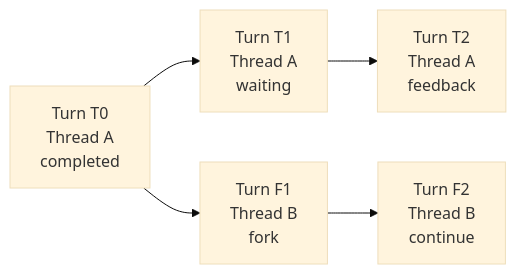
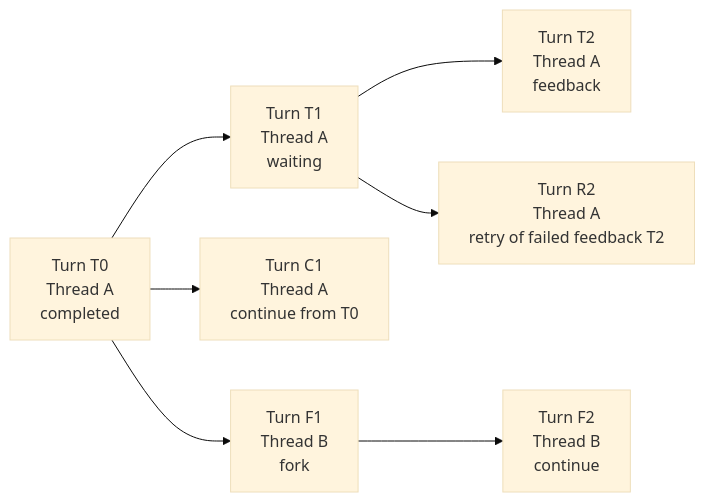
The third of 4 diagrams in spec/foundation-service/14-turn-persistence.md (LTThreeComma/agent-foundation), drawn with Mermaid (base theme) before and after one commit. The commit also changed other lines of this file and 29 other files, not shown here.

````diff
--- a/spec/foundation-service/14-turn-persistence.md
+++ b/spec/foundation-service/14-turn-persistence.md
@@ -405,7 +436,9 @@
 ```mermaid
 flowchart LR
     T0["Turn T0<br/>Thread A<br/>completed"] --> T1["Turn T1<br/>Thread A<br/>waiting"]
+    T0 --> C1["Turn C1<br/>Thread A<br/>continue from T0"]
     T1 --> T2["Turn T2<br/>Thread A<br/>feedback"]
+    T1 --> R2["Turn R2<br/>Thread A<br/>retry of failed feedback T2"]
     T0 --> F1["Turn F1<br/>Thread B<br/>fork"]
     F1 --> F2["Turn F2<br/>Thread B<br/>continue"]
 ```
````
